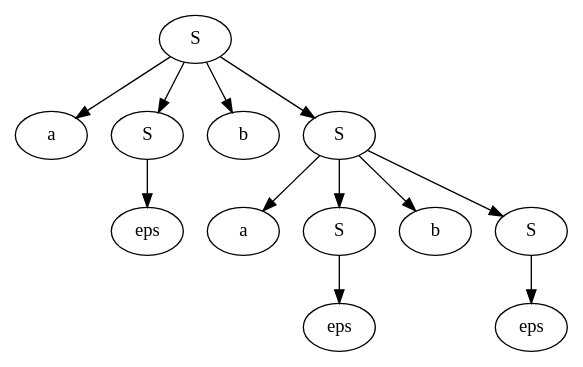
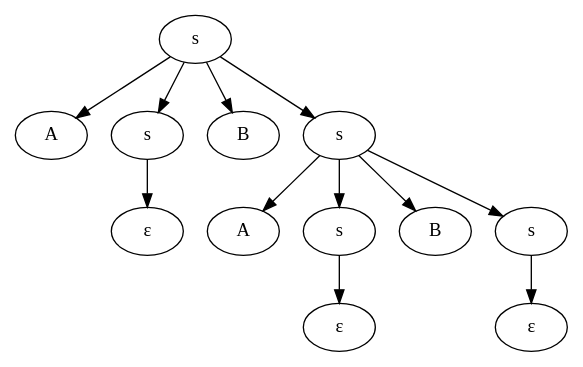
Before and after one commit to karlstroetmann/Formal-Languages: the diagram in Lecture-Notes/Abbildungen/ambiguous-a.dot, drawn with Graphviz. The commit also changed 13 other files, not shown here.

```diff
--- a/Lecture-Notes/Abbildungen/ambiguous-a.dot
+++ b/Lecture-Notes/Abbildungen/ambiguous-a.dot
@@ -1,30 +1,30 @@
 digraph G {    
     1 -> 2;
     1 -> 3;
     1 -> 4;
     1 -> 5;
 
     3 -> 6;
 
     5 ->  7;
     5 ->  8;
     5 ->  9;
     5 -> 10;
 
     8 -> 11;
 
    10 -> 12;
 
-    1 [label="S"];
-    2 [label="a"];
-    3 [label="S"];
-    4 [label="b"];
-    5 [label="S"];
-    6 [label="eps"];
-    7 [label="a"];
-    8 [label="S"];
-    9 [label="b"];
-   10 [label="S"];
-   11 [label="eps"];
-   12 [label="eps"];
+    1 [label="s"];
+    2 [label="A"];
+    3 [label="s"];
+    4 [label="B"];
+    5 [label="s"];
+    6 [label="&epsilon;"];
+    7 [label="A"];
+    8 [label="s"];
+    9 [label="B"];
+   10 [label="s"];
+   11 [label="&epsilon;"];
+   12 [label="&epsilon;"];
 }
```
